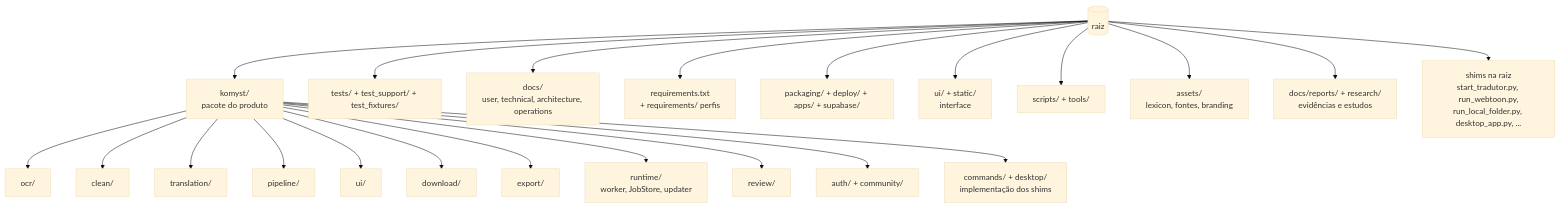
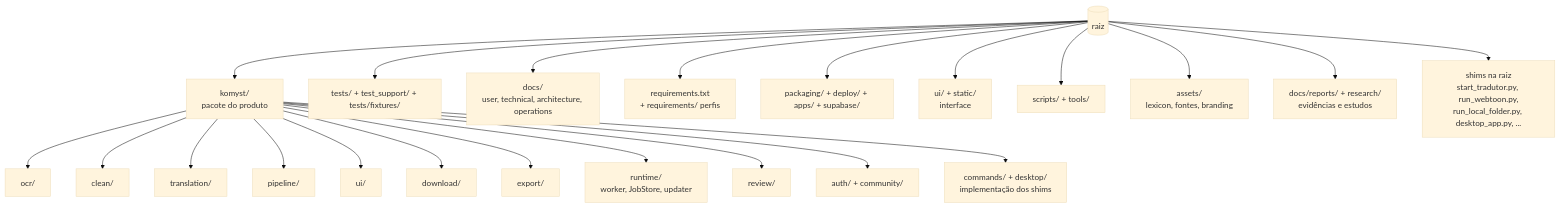
One commit to HenriquePvAr/Yomu-Sekai changed the diagram in docs/architecture/REPOSITORY_STRUCTURE.md. Above: the diagram before and after it, drawn with Mermaid (base theme). The commit also changed other lines of this file and 20 other files, not shown here.

Commit message:
refactor(layout): move test_fixtures under tests/fixtures

````diff
--- a/docs/architecture/REPOSITORY_STRUCTURE.md
+++ b/docs/architecture/REPOSITORY_STRUCTURE.md
@@ -13,15 +13,15 @@
 ```mermaid
 flowchart TD
     R[(raiz)] --> Y[komyst/<br/>pacote do produto]
-    R --> T[tests/ + test_support/ + test_fixtures/]
+    R --> T[tests/ + test_support/ + tests/fixtures/]
     R --> D[docs/<br/>user, technical, architecture, operations]
     R --> Q[requirements.txt<br/>+ requirements/ perfis]
     R --> P[packaging/ + deploy/ + apps/ + supabase/]
     R --> U[ui/ + static/<br/>interface]
     R --> S[scripts/ + tools/]
     R --> A[assets/<br/>lexicon, fontes, branding]
     R --> E[docs/reports/ + research/<br/>evidências e estudos]
     R --> L[shims na raiz<br/>start_tradutor.py, run_webtoon.py,<br/>run_local_folder.py, desktop_app.py, ...]
     Y --> Y1["ocr/"] & Y2["clean/"] & Y3["translation/"] & Y4["pipeline/"] & Y5["ui/"] & Y6["download/"] & Y7["export/"]
     Y --> Y8["runtime/<br/>worker, JobStore, updater"] & Y9["review/"] & Y10["auth/ + community/"] & Y11["commands/ + desktop/<br/>implementação dos shims"]
 ```
````
